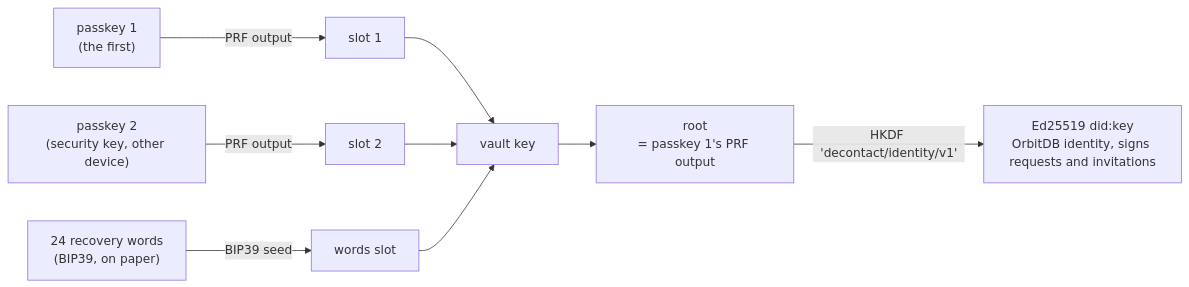
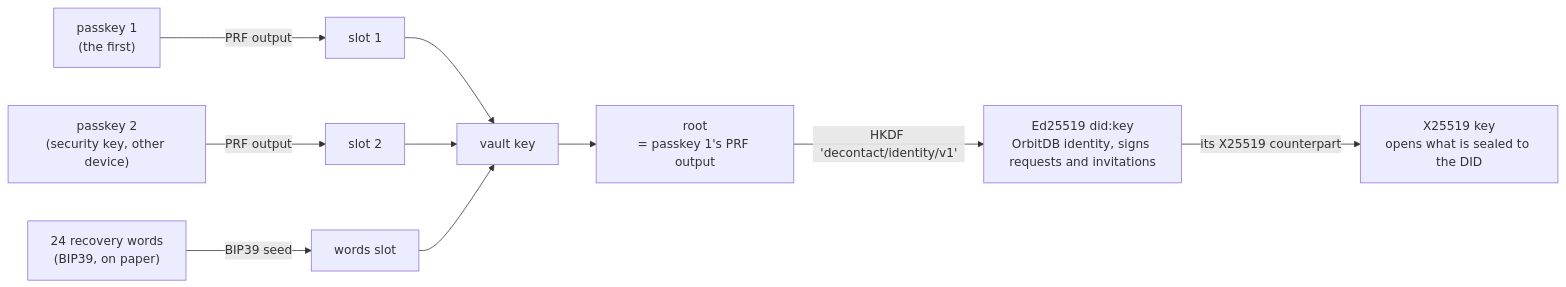
Before and after one commit to NiKrause/deContact: the second of 3 diagrams in docs/how-it-works.md, drawn with Mermaid. The commit also changed other lines of this file and 23 other files, not shown here.

````diff
--- a/docs/how-it-works.md
+++ b/docs/how-it-works.md
@@ -48,8 +49,9 @@
 ```mermaid
 flowchart LR
     PK1["passkey 1<br/>(the first)"] -- "PRF output" --> S1["slot 1"]
     PK2["passkey 2<br/>(security key, other device)"] -- "PRF output" --> S2["slot 2"]
     W["24 recovery words<br/>(BIP39, on paper)"] -- "BIP39 seed" --> S3["words slot"]
     S1 & S2 & S3 --> VK["vault key"] --> ROOT["root<br/>= passkey 1's PRF output"]
     ROOT -- "HKDF 'decontact/identity/v1'" --> DID["Ed25519 did:key<br/>OrbitDB identity, signs requests and invitations"]
+    DID -- "its X25519 counterpart" --> X["X25519 key<br/>opens what is sealed to the DID"]
 ```
````
